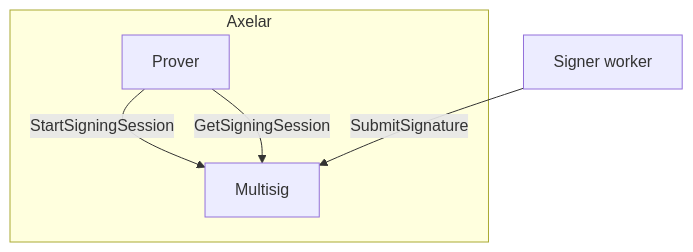
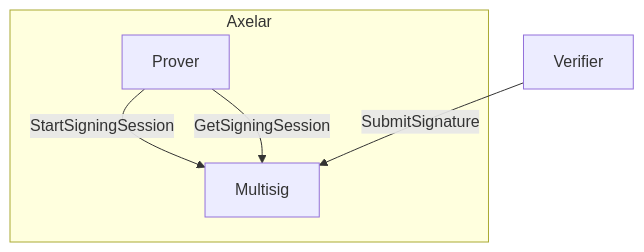
The first of 3 diagrams in doc/src/contracts/multisig.md (axelarnetwork/axelar-amplifier), drawn with Mermaid before and after one commit. The commit also changed other lines of this file and 1 other file, not shown here.

Commit message:
rename worker to verifier

````diff
--- a/doc/src/contracts/multisig.md
+++ b/doc/src/contracts/multisig.md
@@ -6,12 +6,12 @@
 ```mermaid
 flowchart TD
 subgraph Axelar
   b[Prover]
   m[Multisig]
 end
-s[Signer worker]
+s[Verifier]
 
 b--StartSigningSession-->m
 s--SubmitSignature-->m
 b--GetSigningSession-->m
 ```
````
